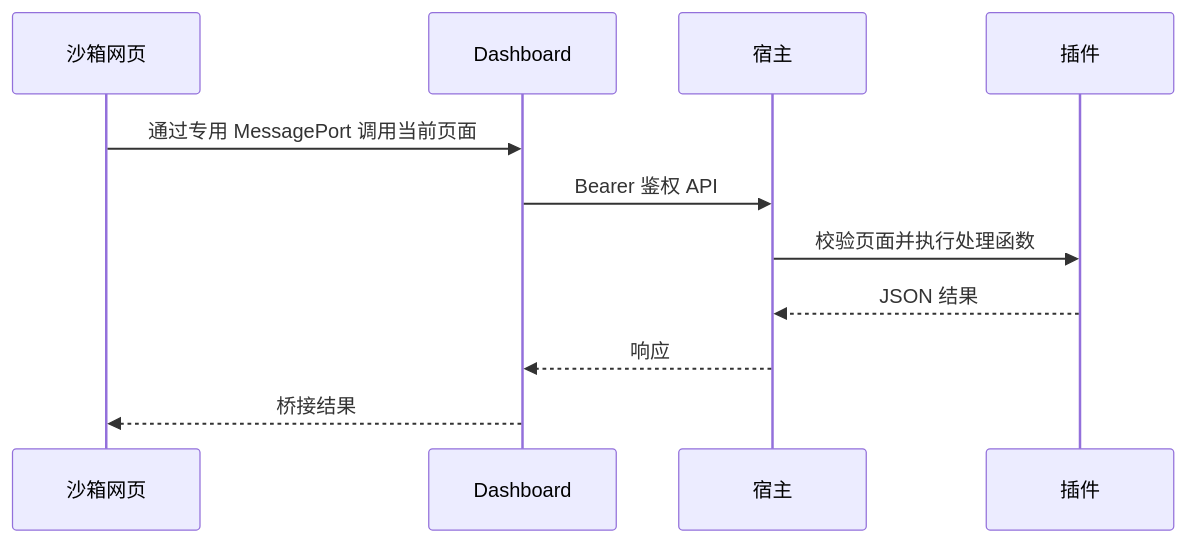
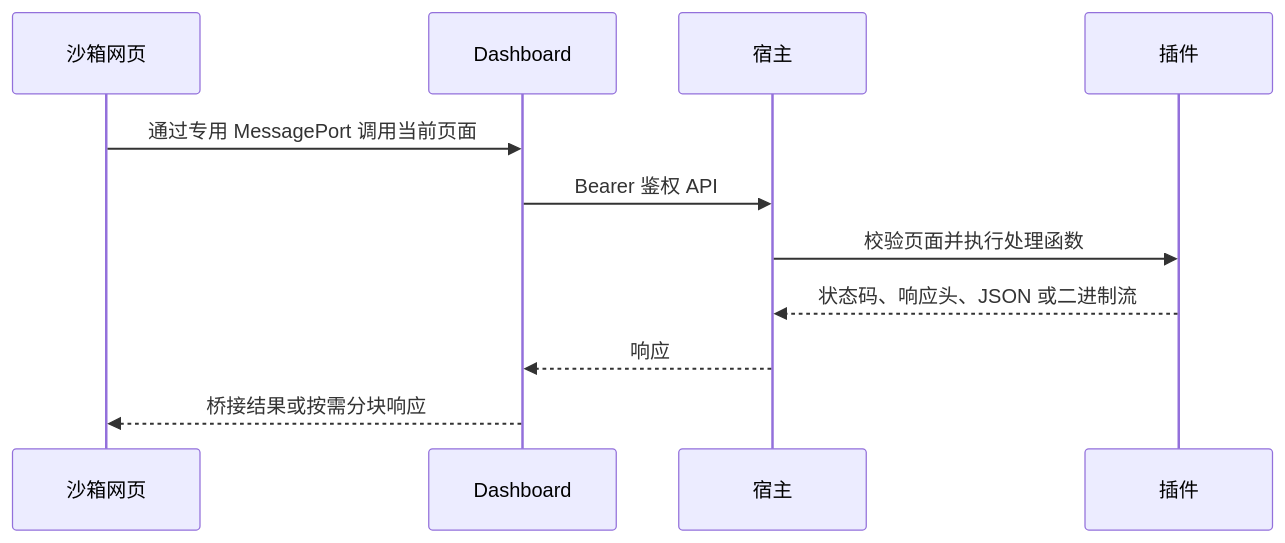
Before and after one commit to ShirokaProject/ShiroBot: the second of 2 diagrams in docs/plugin/dashboard-pages.md, drawn with Mermaid. The commit also changed other lines of this file and 11 other files, not shown here.

````diff
--- a/docs/plugin/dashboard-pages.md
+++ b/docs/plugin/dashboard-pages.md
@@ -334,13 +401,13 @@
 ```mermaid
 sequenceDiagram
     participant W as 沙箱网页
     participant D as Dashboard
     participant H as 宿主
     participant P as 插件
     W->>D: 通过专用 MessagePort 调用当前页面
     D->>H: Bearer 鉴权 API
     H->>P: 校验页面并执行处理函数
-    P-->>H: JSON 结果
+    P-->>H: 状态码、响应头、JSON 或二进制流
     H-->>D: 响应
-    D-->>W: 桥接结果
+    D-->>W: 桥接结果或按需分块响应
 ```
````
